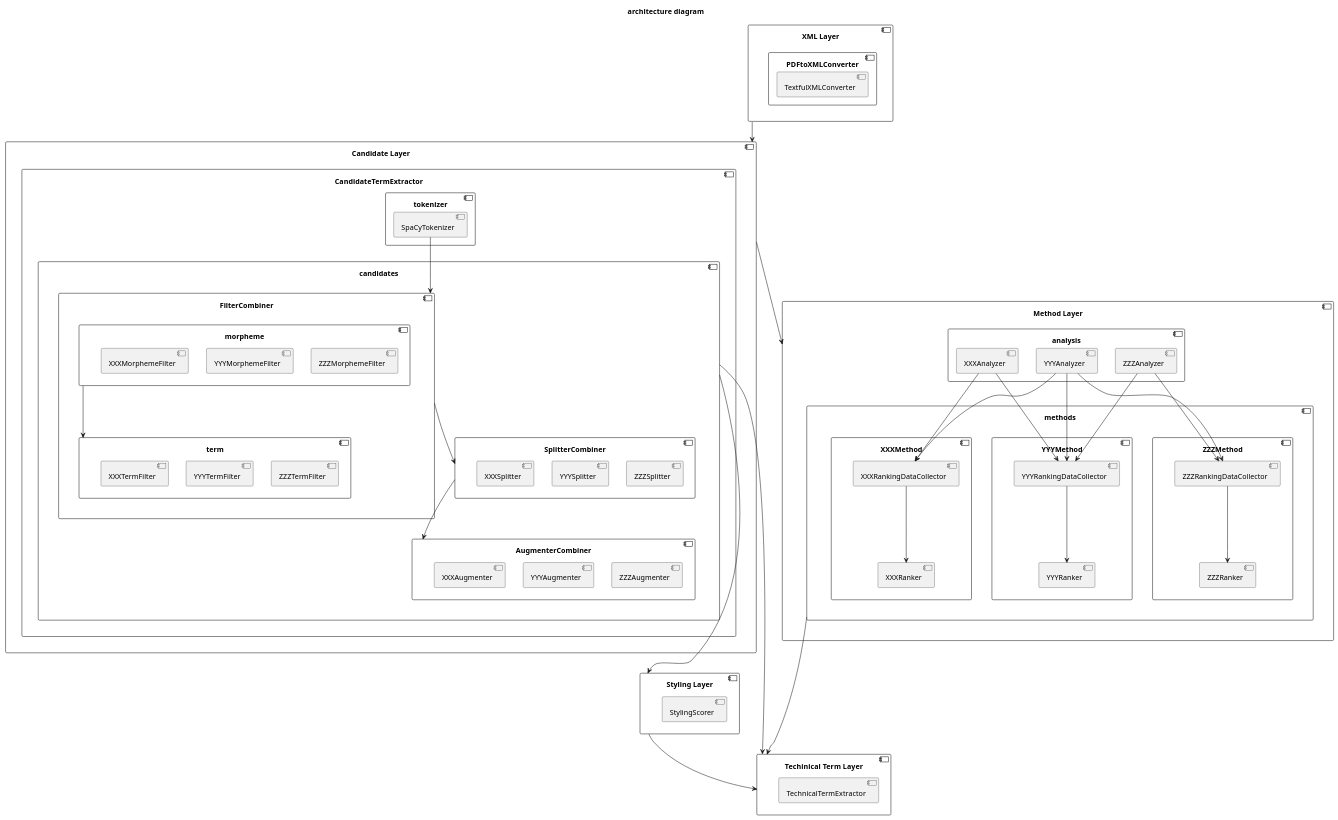
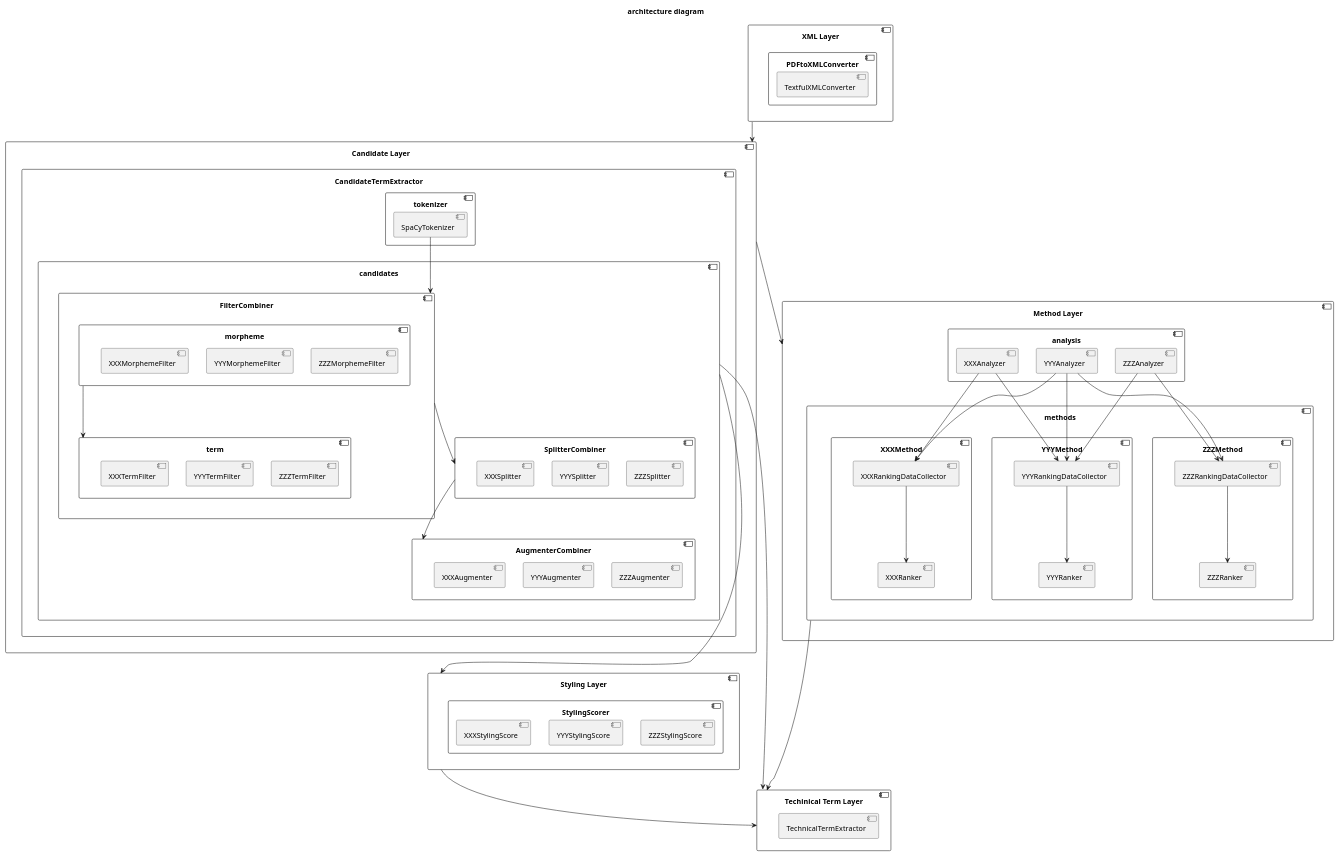
Before and after one commit to kumachan-mis/py-pdf-term: the diagram in docs/architecture.puml, drawn with PlantUML. The commit also changed 32 other files, not shown here.

```diff
--- a/docs/architecture.puml
+++ b/docs/architecture.puml
@@ -1,123 +1,130 @@
 @startuml
 title "architecture diagram"
 
 component "XML Layer" as XMLLayer {
     component PDFtoXMLConverter {
         component TextfulXMLConverter
     }
 }
 
 component "Candidate Layer" as CandidateLayer {
     component CandidateTermExtractor {
         component tokenizer {
             component SpaCyTokenizer
         }
 
         component candidates {
             component FilterCombiner {
                 component morpheme {
                     component XXXMorphemeFilter
                     component YYYMorphemeFilter
                     component ZZZMorphemeFilter
 
                     XXXMorphemeFilter -[hidden]right- YYYMorphemeFilter
                     YYYMorphemeFilter -[hidden]right- ZZZMorphemeFilter
                 }
 
                 component term {
                     component XXXTermFilter
                     component YYYTermFilter
                     component ZZZTermFilter
 
                     XXXTermFilter -[hidden]right- YYYTermFilter
                     YYYTermFilter -[hidden]right- ZZZTermFilter
                 }
                 morpheme -down-> term
             }
 
             component SplitterCombiner {
                 component XXXSplitter
                 component YYYSplitter
                 component ZZZSplitter
 
                 XXXSplitter -[hidden]right- YYYSplitter
                 YYYSplitter -[hidden]right- ZZZSplitter
             }
 
             component AugmenterCombiner {
                 component XXXAugmenter
                 component YYYAugmenter
                 component ZZZAugmenter
 
                 XXXAugmenter -[hidden]right- YYYAugmenter
                 YYYAugmenter -[hidden]right- ZZZAugmenter
             }
         }
     }
     SpaCyTokenizer -down-> FilterCombiner
     FilterCombiner -down-> SplitterCombiner
     SplitterCombiner -down-> AugmenterCombiner
     
 }
 
 component "Method Layer" as MethodLayer {
     component analysis {
         component XXXAnalyzer
         component YYYAnalyzer
         component ZZZAnalyzer
 
         XXXAnalyzer -[hidden]right- YYYAnalyzer
         YYYAnalyzer -[hidden]right- ZZZAnalyzer
     }
 
     component methods {
         component XXXMethod {
             component XXXRankingDataCollector
             component XXXRanker
 
             XXXRankingDataCollector -down-> XXXRanker
         }
 
         component YYYMethod {
             component YYYRankingDataCollector
             component YYYRanker
 
             YYYRankingDataCollector -down-> YYYRanker
         }
 
         component ZZZMethod {
             component ZZZRankingDataCollector
             component ZZZRanker
 
             ZZZRankingDataCollector -down-> ZZZRanker
         }
 
         XXXMethod -[hidden]right- YYYMethod
         YYYMethod -[hidden]right- ZZZMethod
     }
 
     XXXAnalyzer -down-> XXXRankingDataCollector
     YYYAnalyzer -down-> XXXRankingDataCollector
     XXXAnalyzer -down-> YYYRankingDataCollector
     YYYAnalyzer -down-> YYYRankingDataCollector
     ZZZAnalyzer -down-> YYYRankingDataCollector
     YYYAnalyzer -down-> ZZZRankingDataCollector
     ZZZAnalyzer -down-> ZZZRankingDataCollector
 }
 
 component "Styling Layer" as StylingLayer {
-    component StylingScorer
+    component StylingScorer {
+        component XXXStylingScore
+        component YYYStylingScore
+        component ZZZStylingScore
+
+        XXXStylingScore -[hidden]right- YYYStylingScore
+        YYYStylingScore -[hidden]right- ZZZStylingScore
+    }
 }
 
 component "Techinical Term Layer" as TechinicalTermLayer {
     component TechnicalTermExtractor
 }
 
 XMLLayer -down-> CandidateLayer
 CandidateLayer -down-> MethodLayer
 candidates ---down-> StylingLayer
 candidates --down-> TechinicalTermLayer
 methods ---down-> TechinicalTermLayer
 StylingLayer -down-> TechinicalTermLayer
 
 @enduml
```
